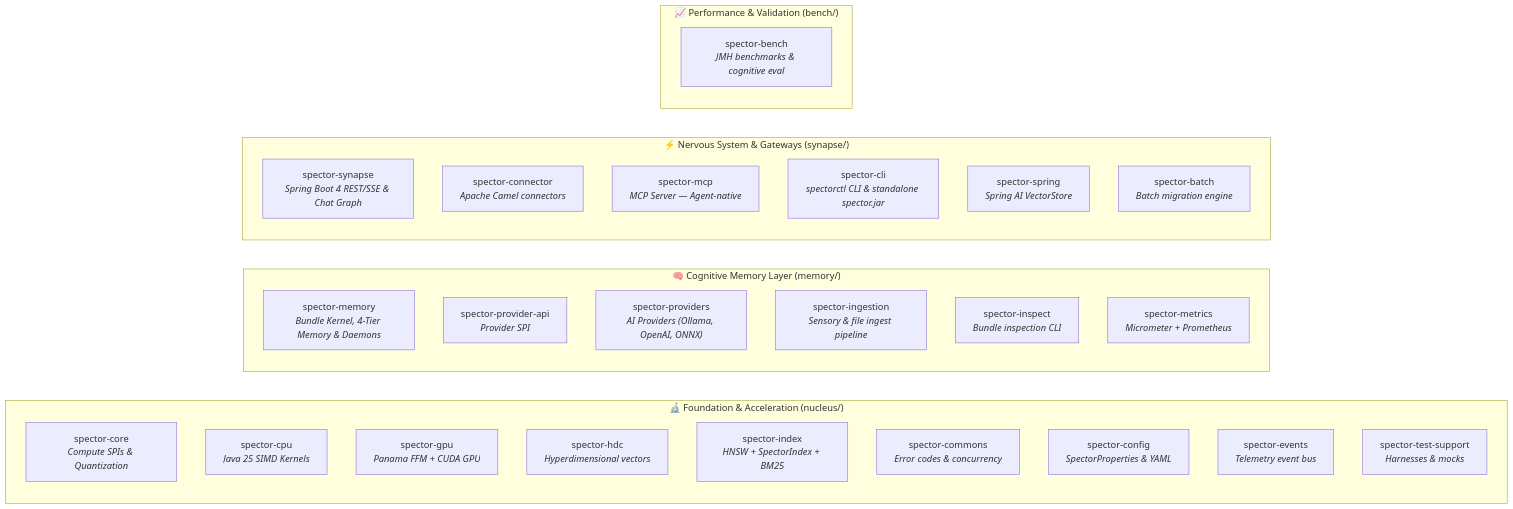
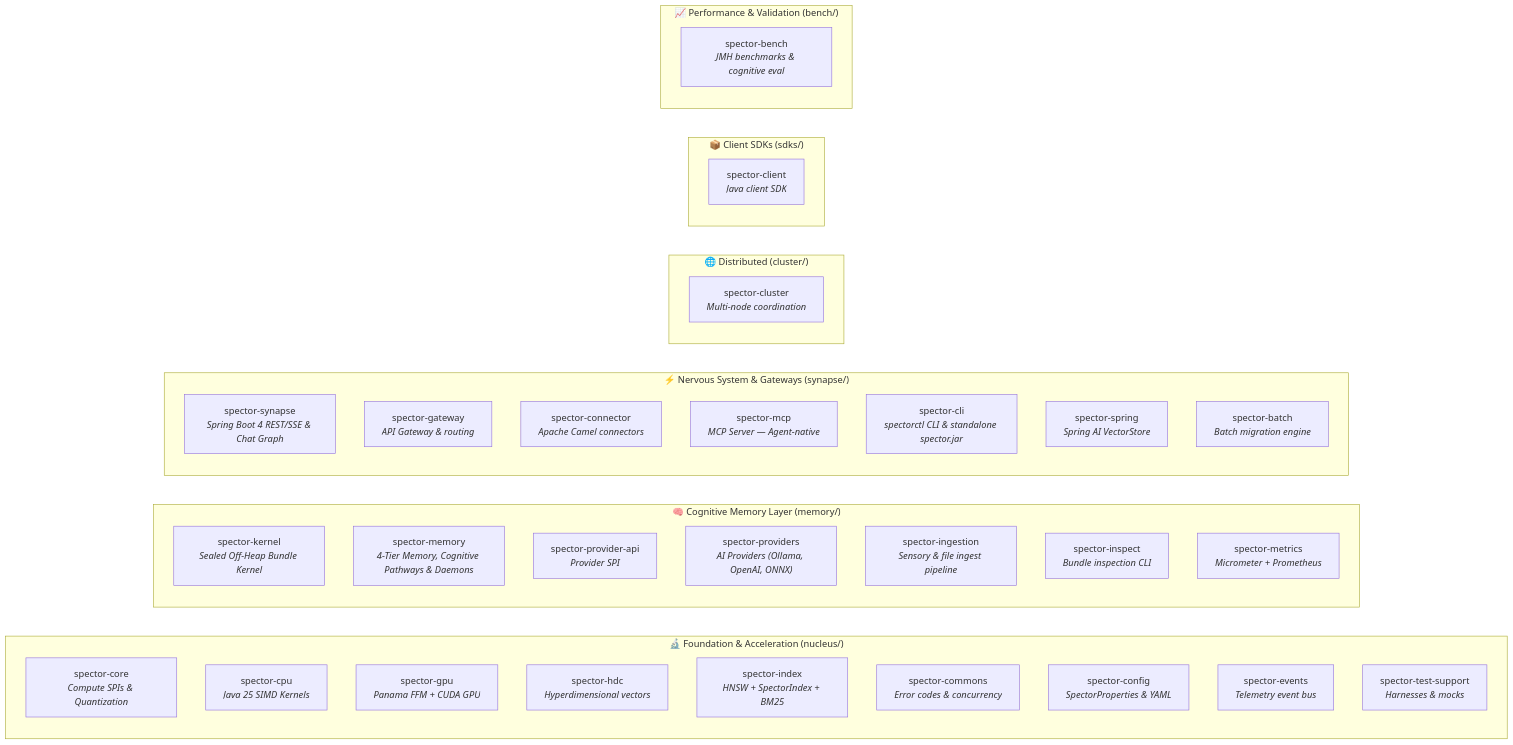
The sixth of 12 diagrams in docs/architecture/overview.md (spectrayan/spector), drawn with Mermaid before and after one commit. The commit also changed other lines of this file and 43 other files, not shown here.

````diff
--- a/docs/architecture/overview.md
+++ b/docs/architecture/overview.md
@@ -299,36 +299,46 @@
 ```mermaid
 graph LR
     subgraph "🔬 Foundation & Acceleration (nucleus/)"
         core["spector-core<br/><i>Compute SPIs & Quantization</i>"]
         cpu["spector-cpu<br/><i>Java 25 SIMD Kernels</i>"]
         gpu["spector-gpu<br/><i>Panama FFM + CUDA GPU</i>"]
         hdc["spector-hdc<br/><i>Hyperdimensional vectors</i>"]
         index["spector-index<br/><i>HNSW + SpectorIndex + BM25</i>"]
         commons["spector-commons<br/><i>Error codes & concurrency</i>"]
         config["spector-config<br/><i>SpectorProperties & YAML</i>"]
         events["spector-events<br/><i>Telemetry event bus</i>"]
         testsupport["spector-test-support<br/><i>Harnesses & mocks</i>"]
     end
 
     subgraph "🧠 Cognitive Memory Layer (memory/)"
-        memory["spector-memory<br/><i>Bundle Kernel, 4-Tier Memory & Daemons</i>"]
+        kernel["spector-kernel<br/><i>Sealed Off-Heap Bundle Kernel</i>"]
+        memory["spector-memory<br/><i>4-Tier Memory, Cognitive Pathways &amp; Daemons</i>"]
         providerapi["spector-provider-api<br/><i>Provider SPI</i>"]
         providers["spector-providers<br/><i>AI Providers (Ollama, OpenAI, ONNX)</i>"]
-        ingestion["spector-ingestion<br/><i>Sensory & file ingest pipeline</i>"]
+        ingestion["spector-ingestion<br/><i>Sensory &amp; file ingest pipeline</i>"]
         inspect["spector-inspect<br/><i>Bundle inspection CLI</i>"]
         metrics["spector-metrics<br/><i>Micrometer + Prometheus</i>"]
     end
 
-    subgraph "⚡ Nervous System & Gateways (synapse/)"
-        synapse["spector-synapse<br/><i>Spring Boot 4 REST/SSE & Chat Graph</i>"]
+    subgraph "⚡ Nervous System &amp; Gateways (synapse/)"
+        synapse["spector-synapse<br/><i>Spring Boot 4 REST/SSE &amp; Chat Graph</i>"]
+        gateway["spector-gateway<br/><i>API Gateway &amp; routing</i>"]
         connector["spector-connector<br/><i>Apache Camel connectors</i>"]
         mcp["spector-mcp<br/><i>MCP Server — Agent-native</i>"]
-        cli["spector-cli<br/><i>spectorctl CLI & standalone spector.jar</i>"]
+        cli["spector-cli<br/><i>spectorctl CLI &amp; standalone spector.jar</i>"]
         spring["spector-spring<br/><i>Spring AI VectorStore</i>"]
         batch["spector-batch<br/><i>Batch migration engine</i>"]
     end
 
-    subgraph "📈 Performance & Validation (bench/)"
-        bench["spector-bench<br/><i>JMH benchmarks & cognitive eval</i>"]
+    subgraph "🌐 Distributed (cluster/)"
+        cluster["spector-cluster<br/><i>Multi-node coordination</i>"]
+    end
+
+    subgraph "📦 Client SDKs (sdks/)"
+        javaclient["spector-client<br/><i>Java client SDK</i>"]
+    end
+
+    subgraph "📈 Performance &amp; Validation (bench/)"
+        bench["spector-bench<br/><i>JMH benchmarks &amp; cognitive eval</i>"]
     end
 ```
````
